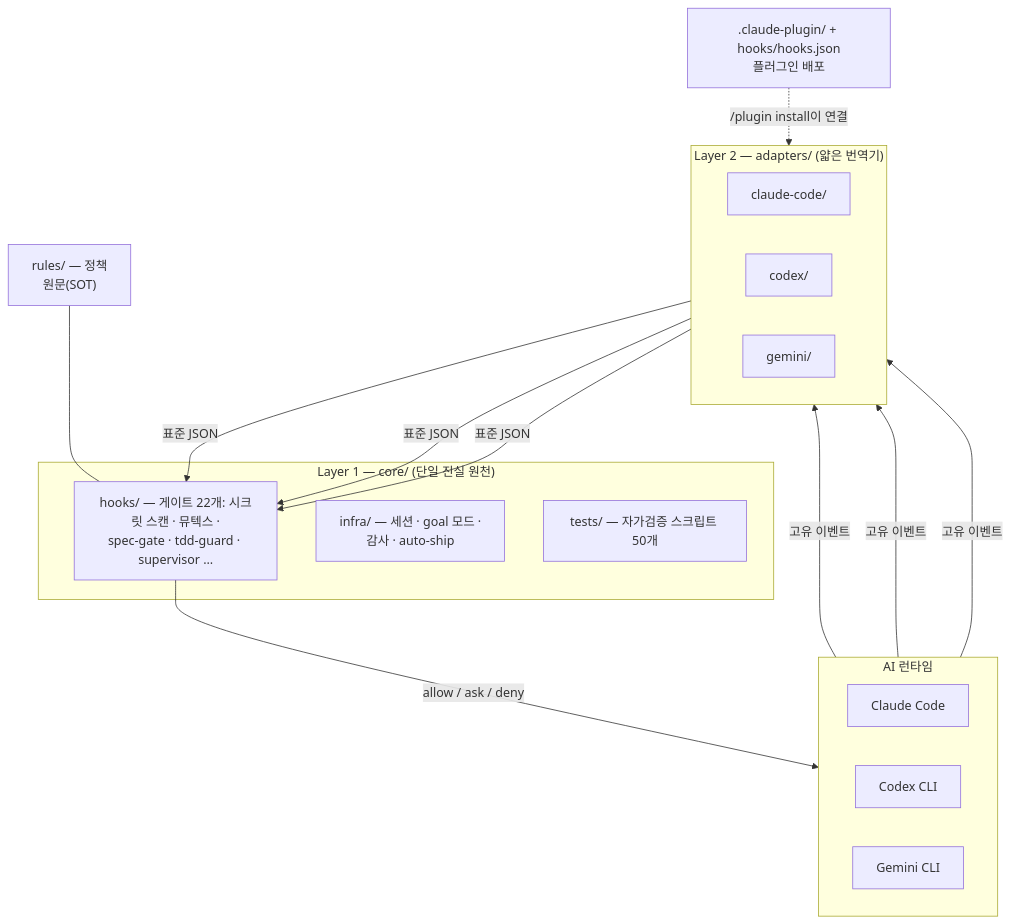
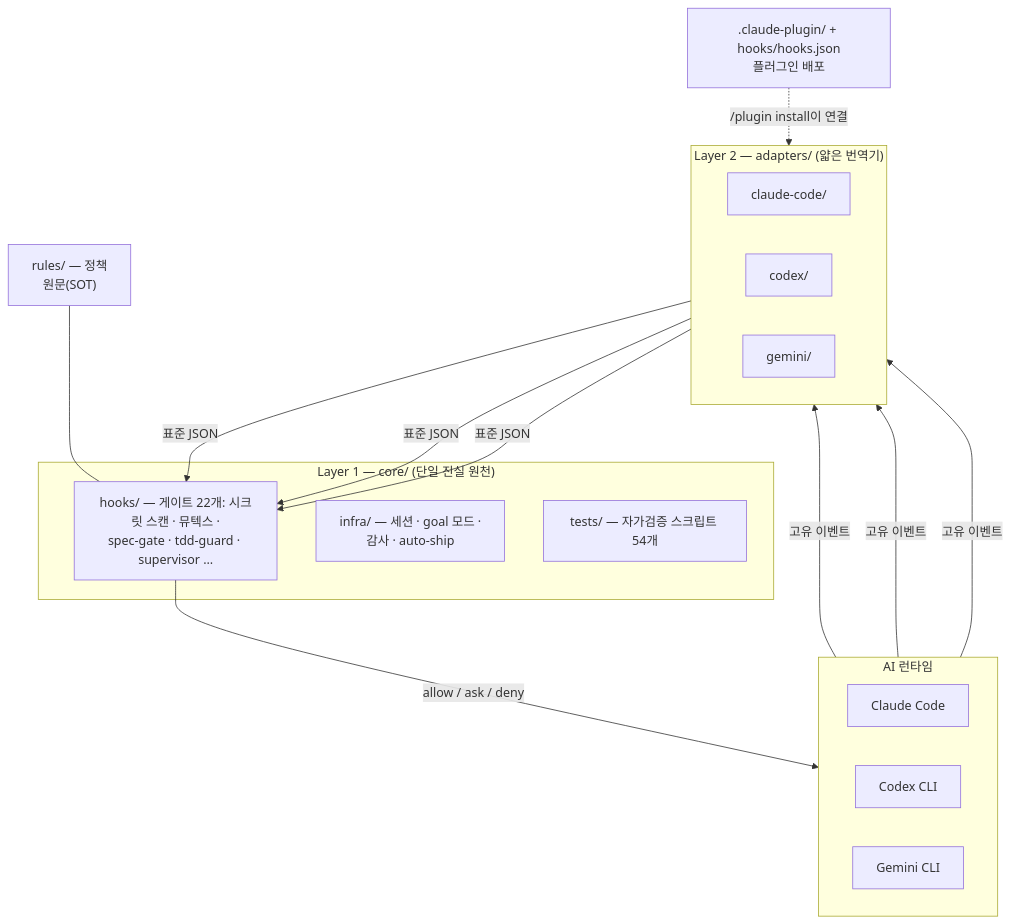
One commit to joymin5655/Agent changed the second of 5 diagrams in README.ko.md. Above: the diagram before and after it, drawn with Mermaid. The commit also changed other lines of this file and 7 other files, not shown here.

````diff
--- a/README.ko.md
+++ b/README.ko.md
@@ -213,32 +213,32 @@
 ```mermaid
 flowchart TB
     subgraph RT["AI 런타임"]
         direction LR
         CC["Claude Code"]
         CX["Codex CLI"]
         GM["Gemini CLI"]
     end
     subgraph AD["Layer 2 — adapters/ (얇은 번역기)"]
         direction LR
         A1["claude-code/"]
         A2["codex/"]
         A3["gemini/"]
     end
     subgraph CORE["Layer 1 — core/ (단일 진실 원천)"]
         H["hooks/ — 게이트 22개: 시크릿 스캔 · 뮤텍스 ·<br/>spec-gate · tdd-guard · supervisor …"]
         I["infra/ — 세션 · goal 모드 ·<br/>감사 · auto-ship"]
-        T["tests/ — 자가검증 스크립트 50개"]
+        T["tests/ — 자가검증 스크립트 54개"]
     end
     R["rules/ — 정책<br/>원문(SOT)"]
     PLUG[".claude-plugin/ + hooks/hooks.json<br/>플러그인 배포"]
 
     CC -->|고유 이벤트| A1
     CX -->|고유 이벤트| A2
     GM -->|고유 이벤트| A3
     A1 -->|표준 JSON| H
     A2 -->|표준 JSON| H
     A3 -->|표준 JSON| H
     H -->|"allow / ask / deny"| RT
     R --- H
     PLUG -. "/plugin install이 연결" .-> A1
 ```
````
